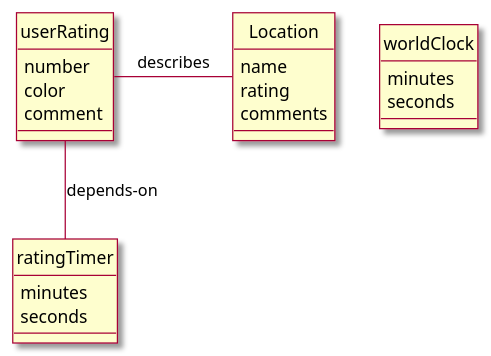
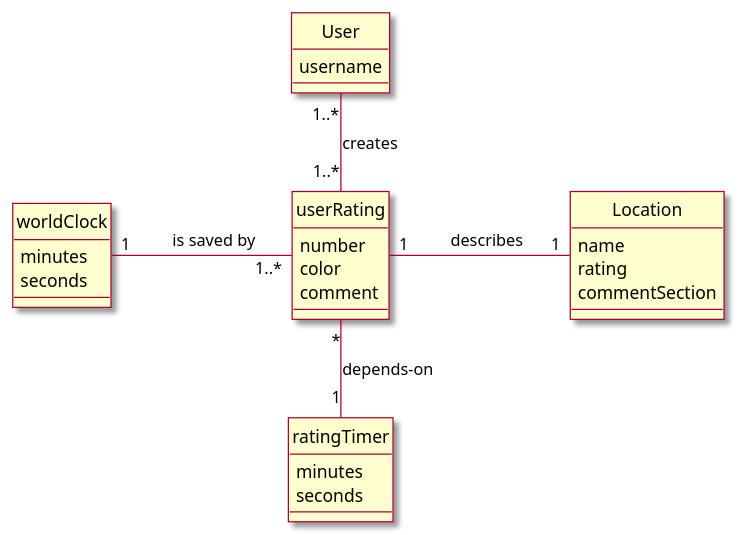
Before and after one commit to manoushpajouh/Vassar-Crowdmeter: the diagram in intellij/documentation/design.md, drawn with PlantUML.

Commit message:
domainmodel with multiplicity

````diff
--- a/intellij/documentation/design.md
+++ b/intellij/documentation/design.md
@@ -3,42 +3,47 @@
 ```plantuml
 @startuml
 
 skin rose 
 
 hide circle 
 hide circle 
 
 ' classes 
 
 class Location {
 name
 rating
-comments
+commentSection
 }
 
 class ratingTimer{
 minutes
 seconds
 }
 
 class worldClock{
 minutes
 seconds
 }
 
 class userRating{
 number
 color
 comment
 }
 
+class User{
+username
+}
+
 
 
 
 ' associations 
-userRating - Location : describes
-userRating -- ratingTimer : depends-on
-
+userRating "1"  - "1" Location : \t describes \t
+userRating "*" -- "1" ratingTimer : depends-on \t
+User "1..*" -- "1..*" userRating : creates
+worldClock "1" -right- "1..*" userRating : \t is saved by \t
 
 @enduml
 ```
````
